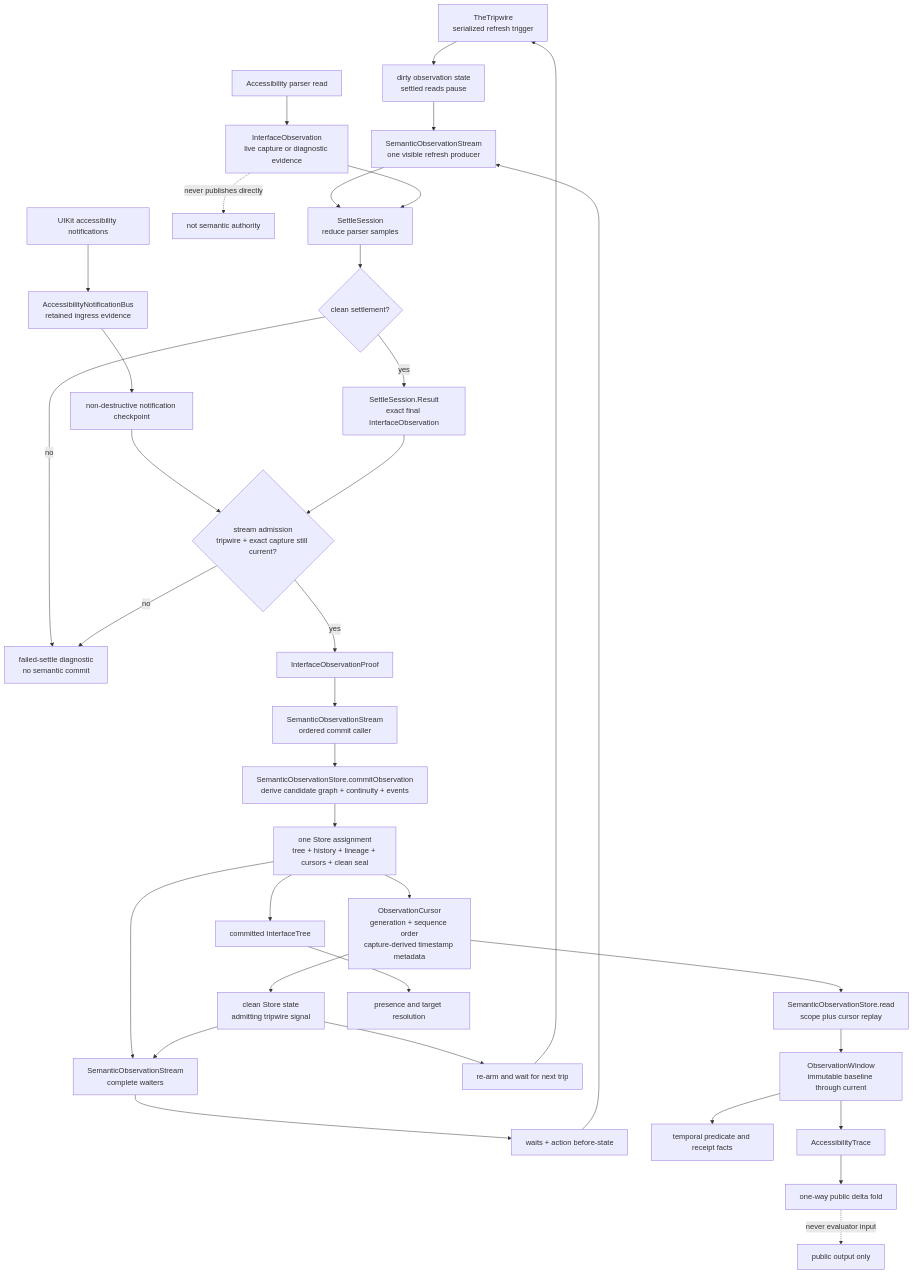
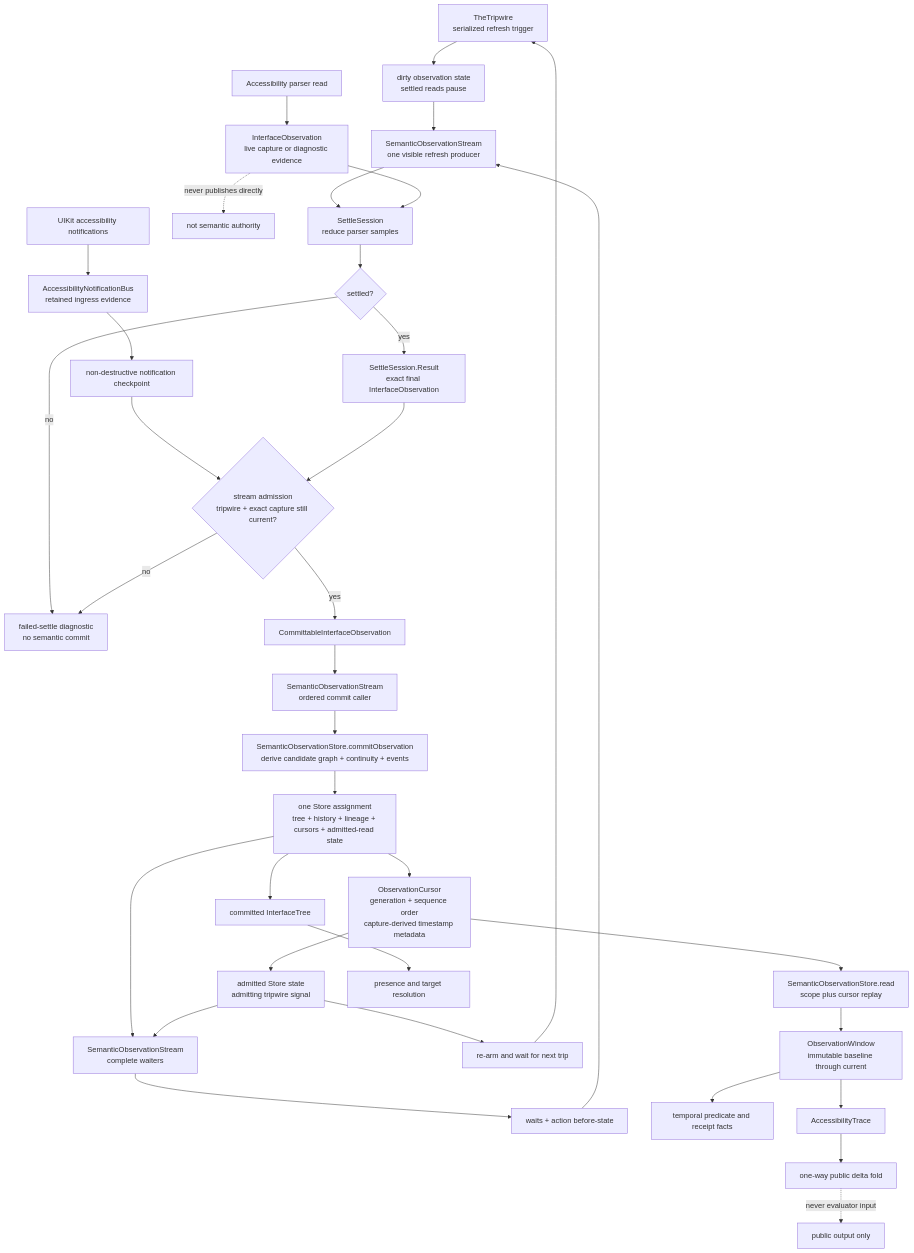
Before and after one commit to RoyalPineapple/TheButtonHeist: the first of 5 diagrams in docs/diagrams/observation-pipeline.md, drawn with Mermaid. The commit also changed other lines of this file and 27 other files, not shown here.

````diff
--- a/docs/diagrams/observation-pipeline.md
+++ b/docs/diagrams/observation-pipeline.md
@@ -36,39 +36,39 @@
 ```mermaid
 flowchart TD
     Tripwire["TheTripwire<br/>serialized refresh trigger"] --> Dirty["dirty observation state<br/>settled reads pause"]
     Dirty --> Producer["SemanticObservationStream<br/>one visible refresh producer"]
     Consumers["waits + action before-state"] --> Producer
     Producer --> Settle
     Parser["Accessibility parser read"] --> Raw["InterfaceObservation<br/>live capture or diagnostic evidence"]
     Raw --> Settle["SettleSession<br/>reduce parser samples"]
     Raw -. "never publishes directly" .-> NoAuthority["not semantic authority"]
     Signals["UIKit accessibility notifications"] --> Bus["AccessibilityNotificationBus<br/>retained ingress evidence"]
     Bus --> Checkpoint["non-destructive notification checkpoint"]
     Checkpoint --> Admission
-    Settle --> Clean{"clean settlement?"}
-    Clean -->|no| Diagnostic["failed-settle diagnostic<br/>no semantic commit"]
-    Clean -->|yes| Outcome["SettleSession.Result<br/>exact final InterfaceObservation"]
+    Settle --> Settled{"settled?"}
+    Settled -->|no| Diagnostic["failed-settle diagnostic<br/>no semantic commit"]
+    Settled -->|yes| Outcome["SettleSession.Result<br/>exact final InterfaceObservation"]
     Outcome --> Admission{"stream admission<br/>tripwire + exact capture still current?"}
     Admission -->|no| Diagnostic
-    Admission -->|yes| Proof["InterfaceObservationProof"]
+    Admission -->|yes| Committable["CommittableInterfaceObservation"]
 
-    Proof --> Committer["SemanticObservationStream<br/>ordered commit caller"]
+    Committable --> Committer["SemanticObservationStream<br/>ordered commit caller"]
     Committer --> Store["SemanticObservationStore.commitObservation<br/>derive candidate graph + continuity + events"]
-    Store --> Atomic["one Store assignment<br/>tree + history + lineage + cursors + clean seal"]
+    Store --> Atomic["one Store assignment<br/>tree + history + lineage + cursors + admitted-read state"]
     Atomic --> Delivery["SemanticObservationStream<br/>complete waiters"]
     Atomic --> Cursor["ObservationCursor<br/>generation + sequence order<br/>capture-derived timestamp metadata"]
-    Cursor --> Seal["clean Store state<br/>admitting tripwire signal"]
-    Seal --> Delivery
+    Cursor --> Admitted["admitted Store state<br/>admitting tripwire signal"]
+    Admitted --> Delivery
     Delivery --> Consumers
-    Seal --> Armed["re-arm and wait for next trip"]
+    Admitted --> Armed["re-arm and wait for next trip"]
     Armed --> Tripwire
     Cursor --> Entries["SemanticObservationStore.read<br/>scope plus cursor replay"]
 
     Current["committed InterfaceTree"] --> Presence["presence and target resolution"]
     Atomic --> Current
     Entries --> Window["ObservationWindow<br/>immutable baseline through current"]
     Window --> Temporal["temporal predicate and receipt facts"]
     Window --> Trace["AccessibilityTrace"]
     Trace --> Delta["one-way public delta fold"]
     Delta -. "never evaluator input" .-> Output["public output only"]
 ```
````
